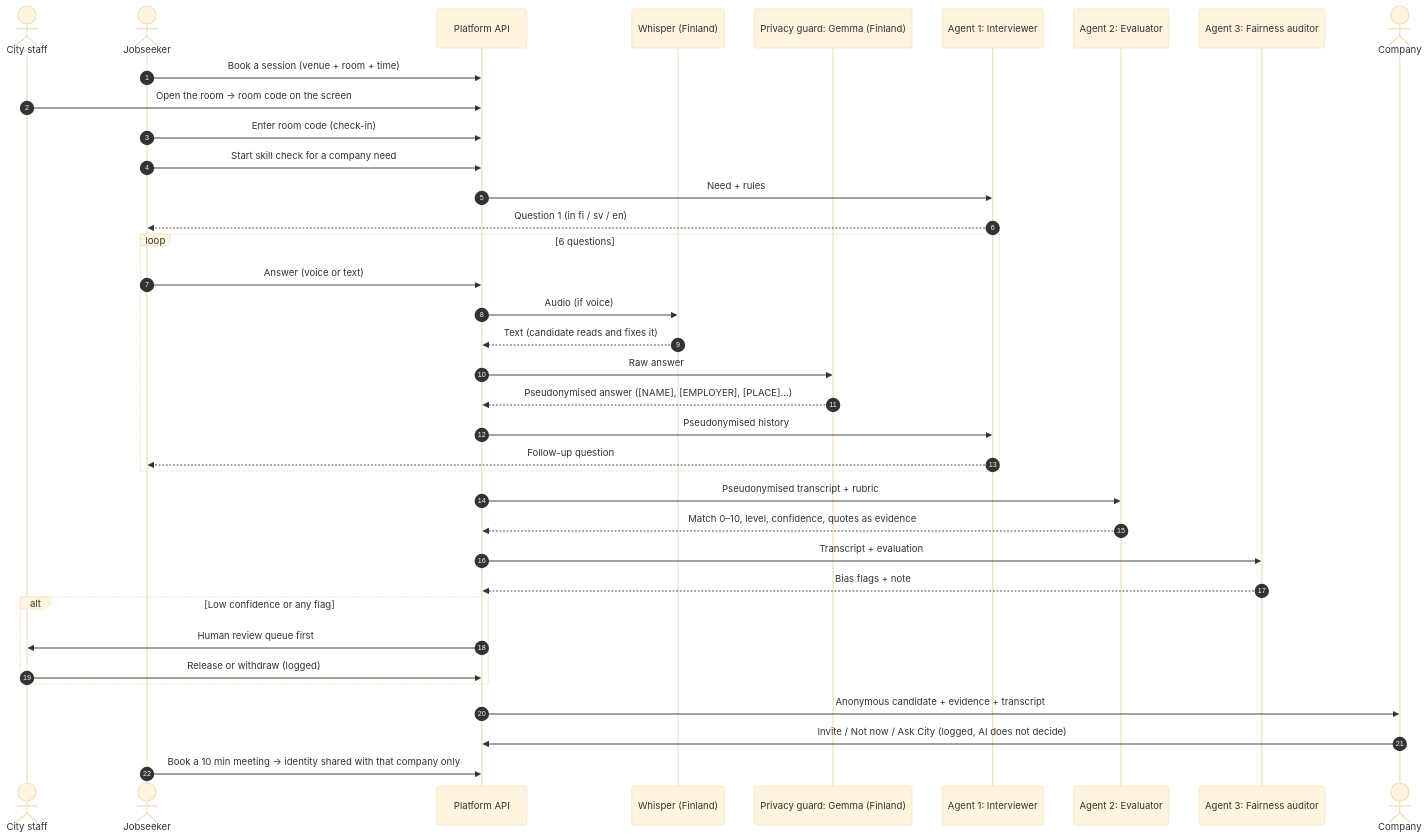
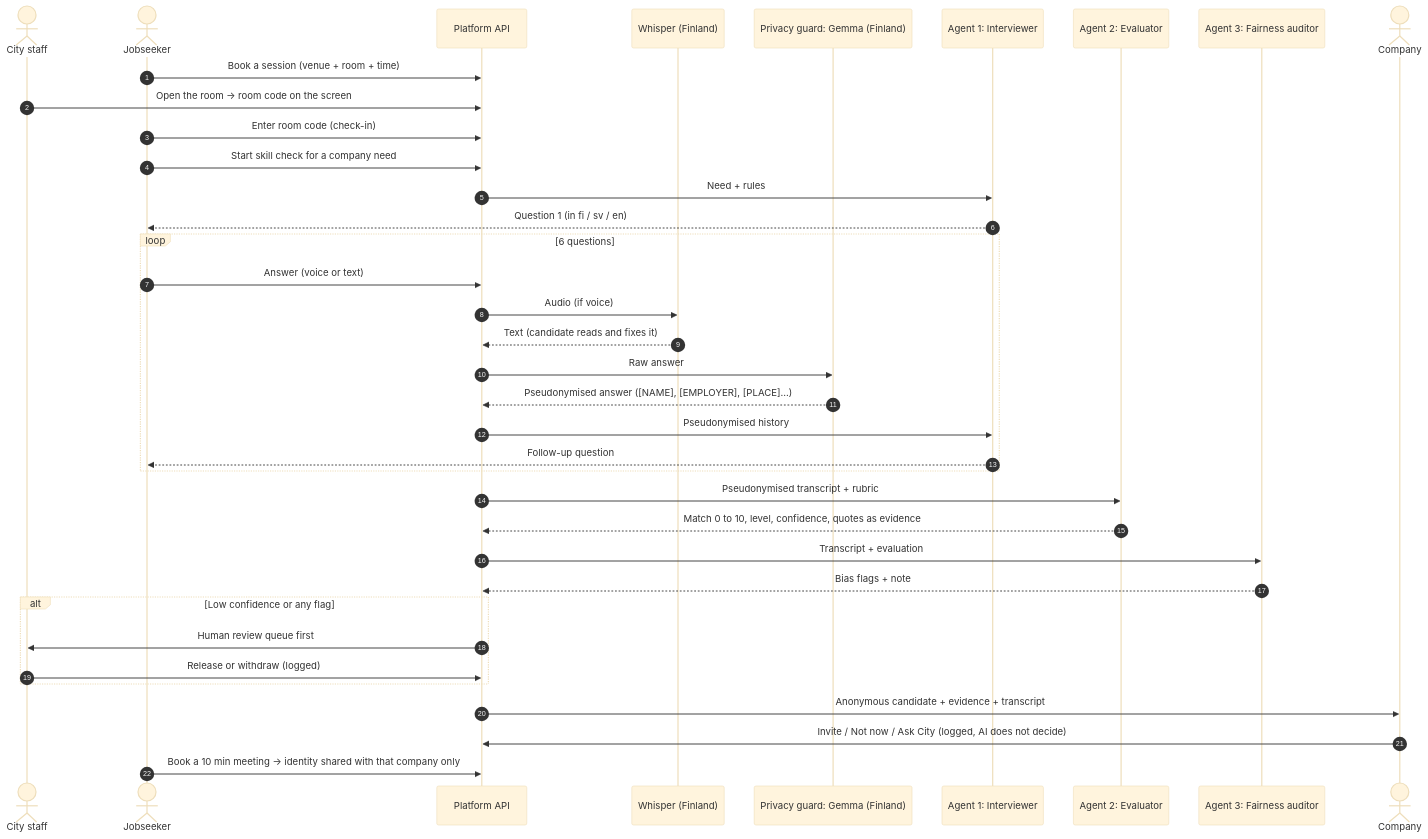
Before and after one commit to Sairanyx/skill-check: the second of 2 diagrams in docs/ARCHITECTURE.md, drawn with Mermaid (base theme). The commit also changed other lines of this file and 6 other files, not shown here.

````diff
--- a/docs/ARCHITECTURE.md
+++ b/docs/ARCHITECTURE.md
@@ -39,40 +39,40 @@
 ```mermaid
 sequenceDiagram
   autonumber
   actor E as City staff
   actor J as Jobseeker
   participant App as Platform API
   participant W as Whisper (Finland)
   participant G as Privacy guard: Gemma (Finland)
   participant I as Agent 1: Interviewer
   participant V as Agent 2: Evaluator
   participant F as Agent 3: Fairness auditor
   actor Co as Company
 
   J->>App: Book a session (venue + room + time)
   E->>App: Open the room → room code on the screen
   J->>App: Enter room code (check-in)
   J->>App: Start skill check for a company need
   App->>I: Need + rules
   I-->>J: Question 1 (in fi / sv / en)
   loop 6 questions
     J->>App: Answer (voice or text)
     App->>W: Audio (if voice)
     W-->>App: Text (candidate reads and fixes it)
     App->>G: Raw answer
     G-->>App: Pseudonymised answer ([NAME], [EMPLOYER], [PLACE]…)
     App->>I: Pseudonymised history
     I-->>J: Follow-up question
   end
   App->>V: Pseudonymised transcript + rubric
-  V-->>App: Match 0–10, level, confidence, quotes as evidence
+  V-->>App: Match 0 to 10, level, confidence, quotes as evidence
   App->>F: Transcript + evaluation
   F-->>App: Bias flags + note
   alt Low confidence or any flag
     App->>E: Human review queue first
     E->>App: Release or withdraw (logged)
   end
   App->>Co: Anonymous candidate + evidence + transcript
   Co->>App: Invite / Not now / Ask City (logged, AI does not decide)
   J->>App: Book a 10 min meeting → identity shared with that company only
 ```
````
